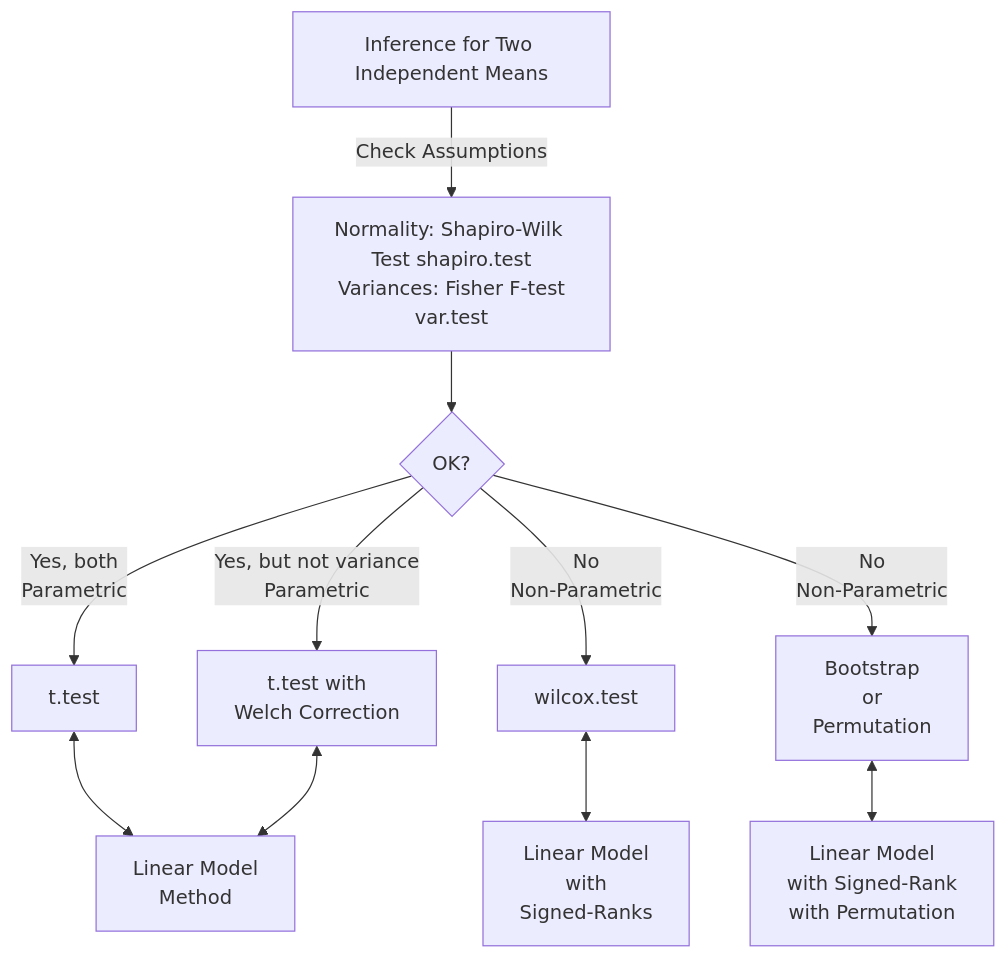
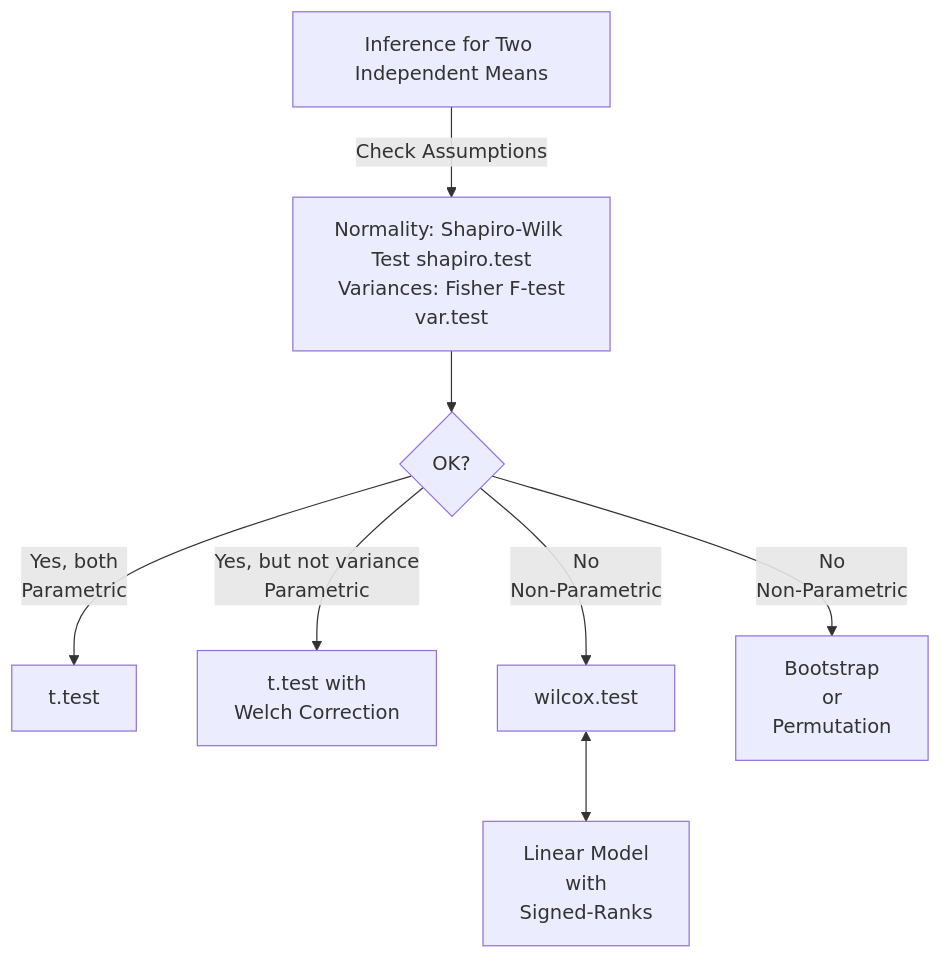
The diagram in content/courses/Analytics/Inference/Modules/110-TwoMeans/index.qmd (arvindvenkatadri/teachingtriz), drawn with Mermaid before and after one commit. The commit also changed other lines of this file and 720 other files, not shown here.

````diff
--- a/content/courses/Analytics/Inference/Modules/110-TwoMeans/index.qmd
+++ b/content/courses/Analytics/Inference/Modules/110-TwoMeans/index.qmd
@@ -115,15 +115,12 @@
 ```{mermaid}
 %%| echo: false
 flowchart TD
     A[Inference for Two Independent Means] -->|Check Assumptions| B[Normality: Shapiro-Wilk Test shapiro.test\n Variances: Fisher F-test var.test]
     B --> C{OK?}
     C -->|Yes, both\n Parametric| D[t.test]
-    D <-->F[Linear Model\n Method] 
     C -->|Yes, but not variance\n Parametric| W[t.test with\n Welch Correction]
-    W<-->F
     C -->|No\n Non-Parametric| E[wilcox.test]
     E <--> G[Linear Model\n with\n Signed-Ranks]
     C -->|No\n Non-Parametric| P[Bootstrap\n or\n Permutation]
-    P <--> Q[Linear Model\n with Signed-Rank\n with Permutation]
  
 ```
````
